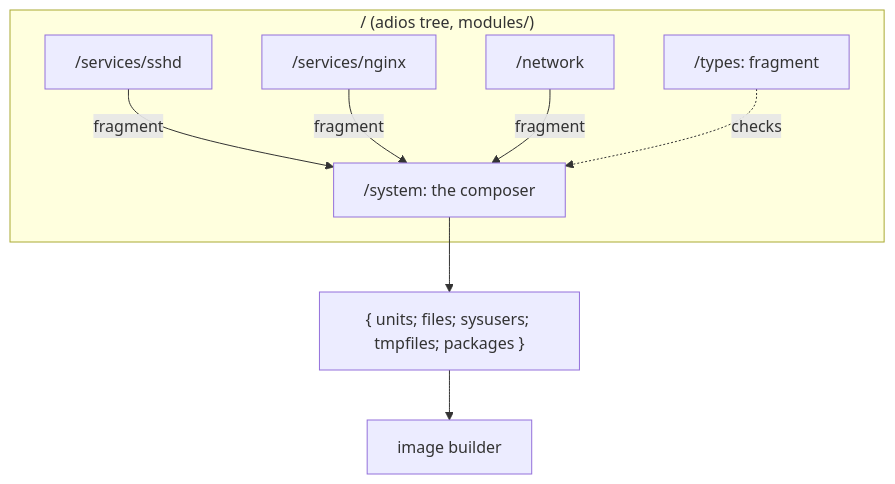
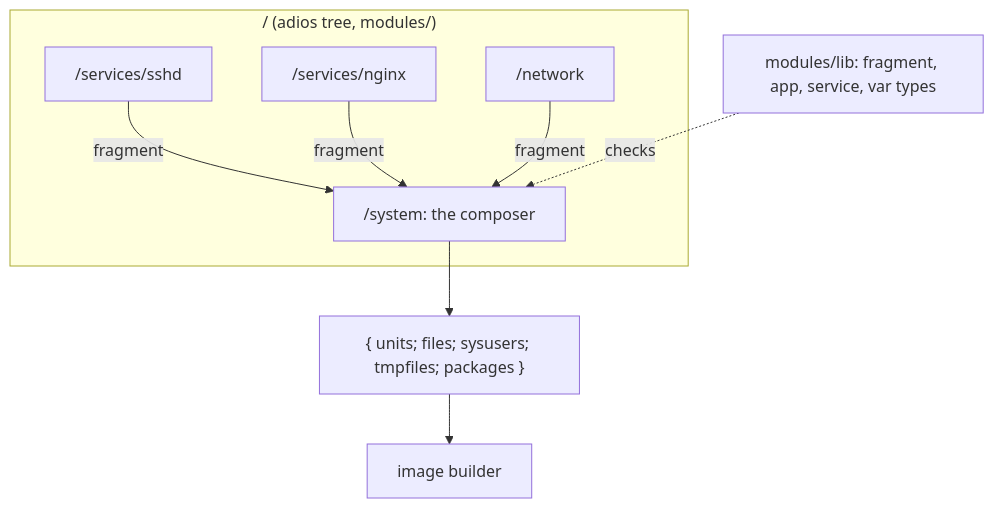
The diagram in docs/design/modules.md (slophaer/golconda), drawn with Mermaid before and after one commit. The commit also changed other lines of this file, not shown here.

First line of the commit message:
docs: one section for app, service and vars

````diff
--- a/docs/design/modules.md
+++ b/docs/design/modules.md
@@ -7,16 +7,15 @@
 ```mermaid
 flowchart TD
   subgraph tree["/ (adios tree, modules/)"]
-    types["/types: fragment"]
     system["/system: the composer"]
     svc1["/services/sshd"]
     svc2["/services/nginx"]
     net["/network"]
   end
   svc1 -->|fragment| system
   svc2 -->|fragment| system
   net -->|fragment| system
-  types -.->|checks| system
+  lib["modules/lib: fragment, app, service, var types"] -.->|checks| system
   system --> out["{ units; files; sysusers; tmpfiles; packages }"]
   out --> image[image builder]
 ```
````
